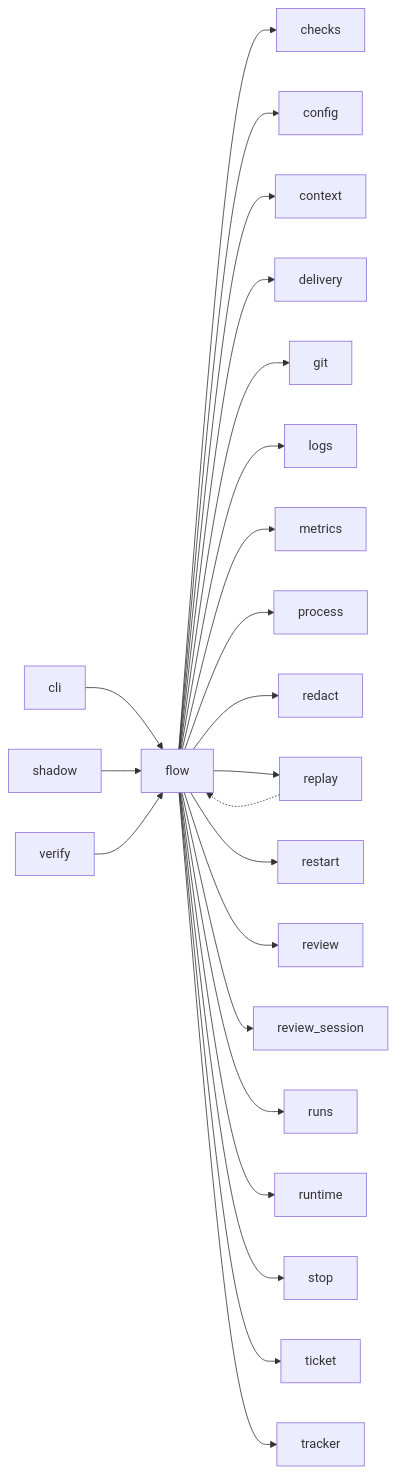
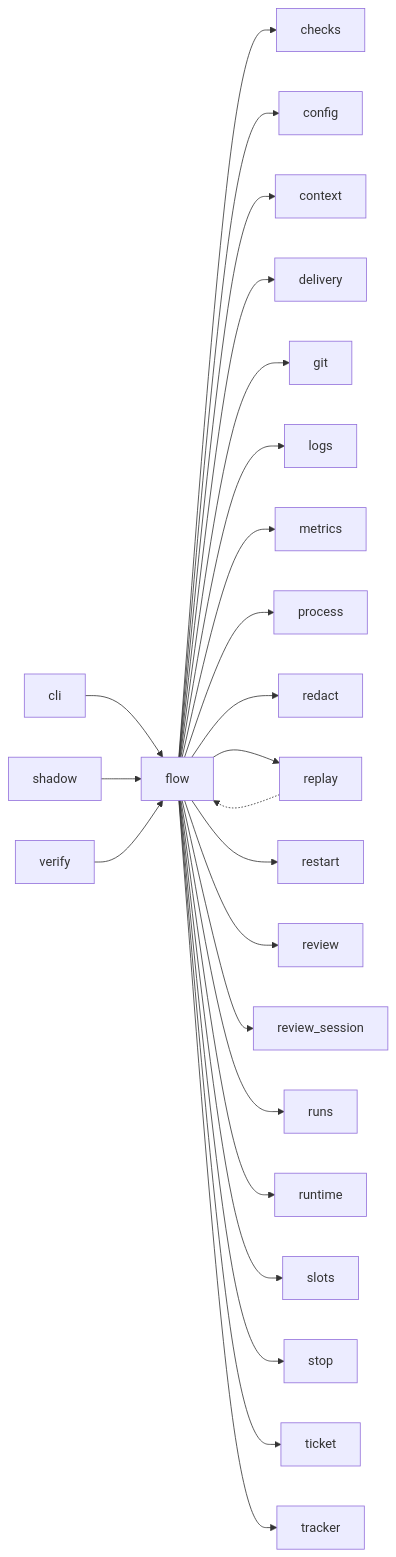
Before and after one commit to plaplanche/ariane: the third of 3 diagrams in docs/architecture/modules/flow.md, drawn with Mermaid. The commit also changed other lines of this file and 19 other files, not shown here.

````diff
--- a/docs/architecture/modules/flow.md
+++ b/docs/architecture/modules/flow.md
@@ -114,25 +114,26 @@
 ```mermaid
 flowchart LR
   cli --> flow
   flow --> checks
   flow --> config
   flow --> context
   flow --> delivery
   flow --> git
   flow --> logs
   flow --> metrics
   flow --> process
   flow --> redact
   flow --> replay
   flow --> restart
   flow --> review
   flow --> review_session
   flow --> runs
   flow --> runtime
+  flow --> slots
   flow --> stop
   flow --> ticket
   flow --> tracker
   replay -.-> flow
   shadow --> flow
   verify --> flow
 ```
````
